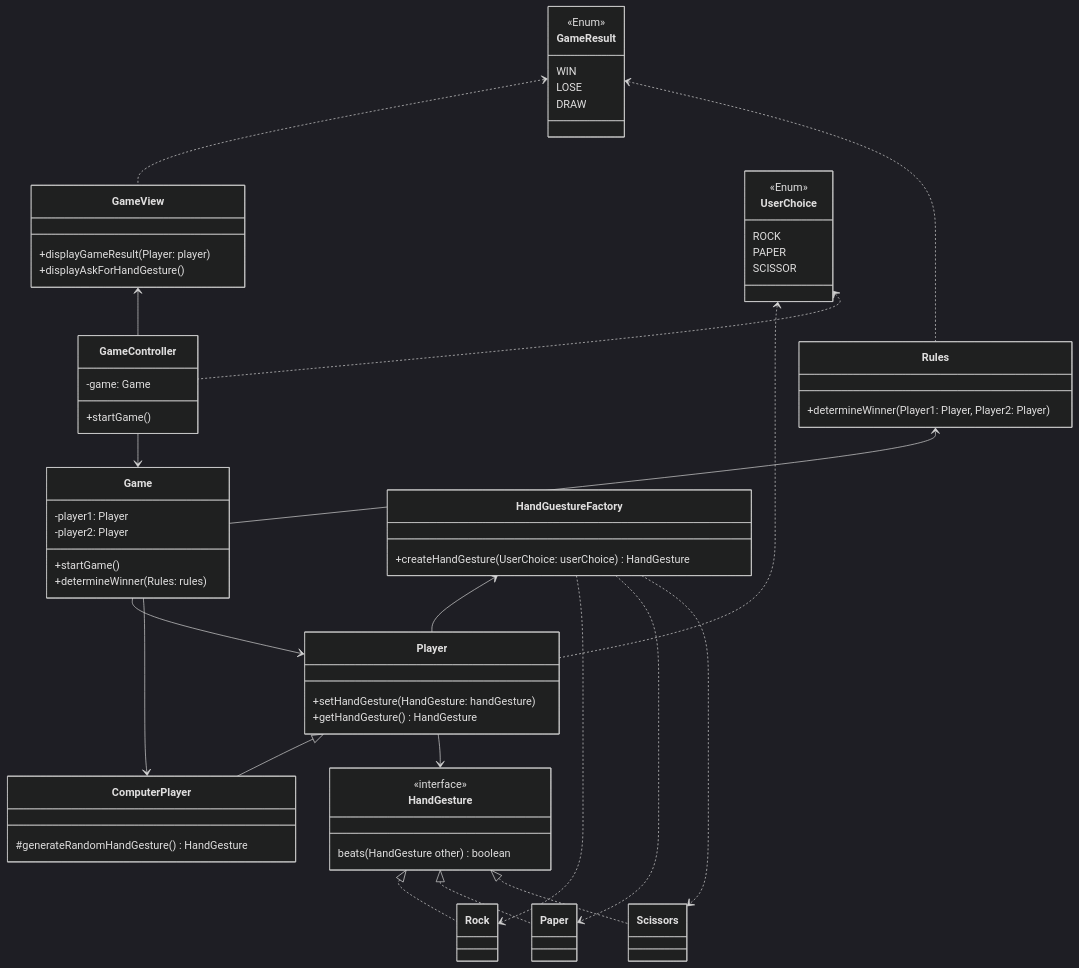
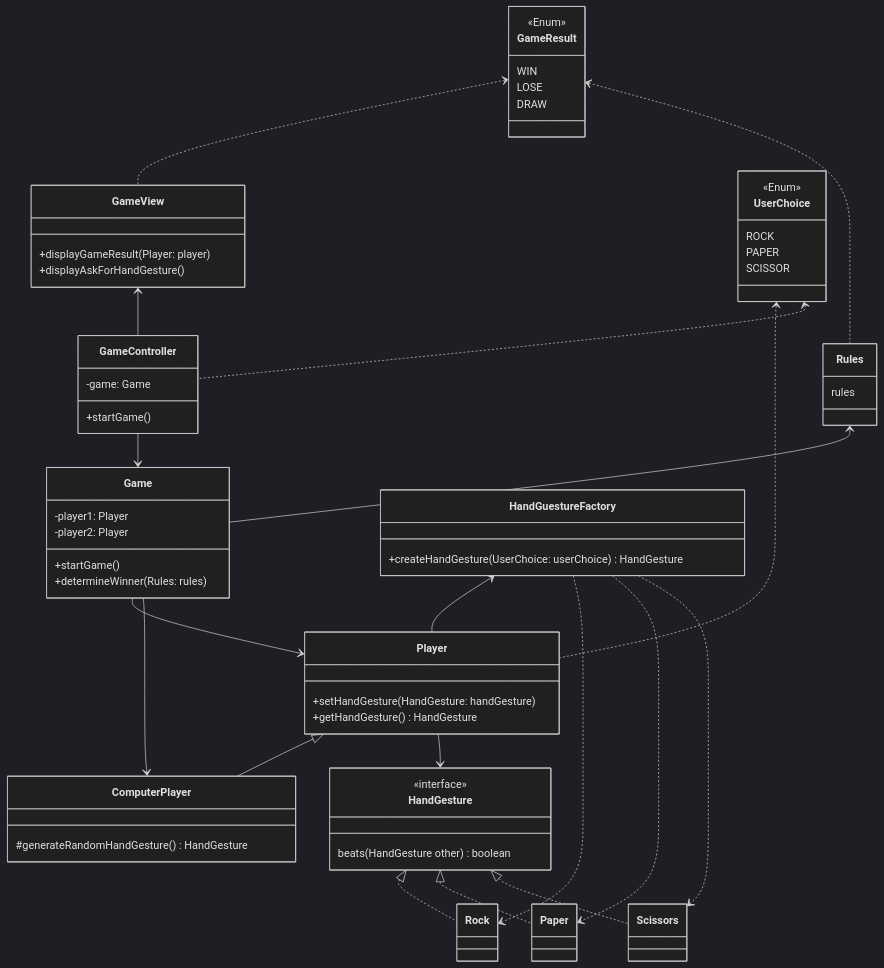
One commit to Witten2002/1dv609-Assignment1-part2 changed the diagram in Design.md. Above: the diagram before and after it, drawn with Mermaid (dark theme). The commit also changed 19 other files, not shown here.

Commit message:
Changed Design Rules method determinateWinner is now part of Game. Test moved to Game.test

```diff
--- a/Design.md
+++ b/Design.md
@@ -44,7 +44,7 @@
 Game --> ComputerPlayer
 
 class Rules {
-  +determineWinner(Player1: Player, Player2: Player)
+  rules
 }
 
 Rules <-- Game
```
